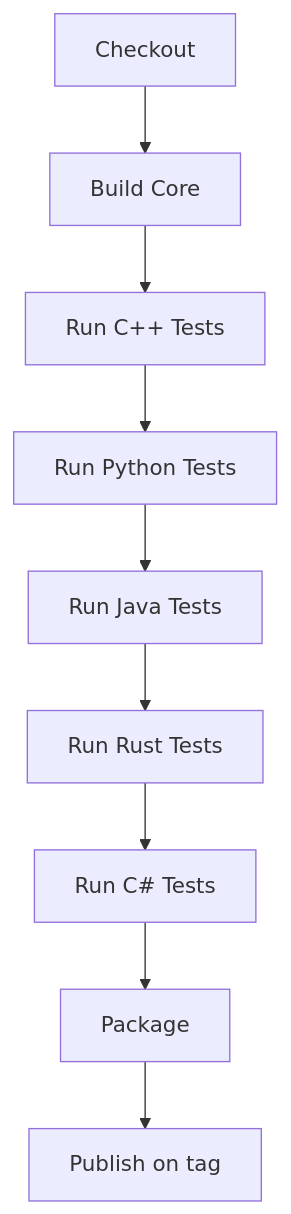
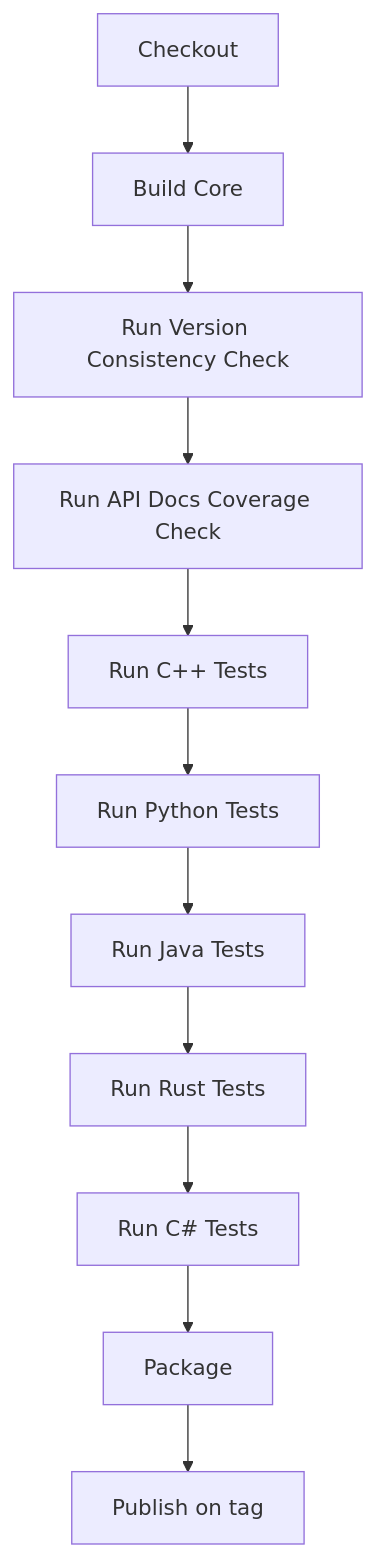
The diagram in docs/operations/ci-cd.md (gregorian-09/pnf-chart-system), drawn with Mermaid before and after one commit. The commit also changed other lines of this file and 20 other files, not shown here.

Commit message:
chore: add api docs governance and version tooling

````diff
--- a/docs/operations/ci-cd.md
+++ b/docs/operations/ci-cd.md
@@ -5,11 +5,13 @@
 ```mermaid
 flowchart TD
   A[Checkout] --> B[Build Core]
-  B --> C[Run C++ Tests]
-  C --> D[Run Python Tests]
-  D --> E[Run Java Tests]
-  E --> F[Run Rust Tests]
-  F --> G[Run C# Tests]
-  G --> H[Package]
-  H --> I[Publish on tag]
+  B --> C[Run Version Consistency Check]
+  C --> D[Run API Docs Coverage Check]
+  D --> E[Run C++ Tests]
+  E --> F[Run Python Tests]
+  F --> G[Run Java Tests]
+  G --> H[Run Rust Tests]
+  H --> I[Run C# Tests]
+  I --> J[Package]
+  J --> K[Publish on tag]
 ```
````
